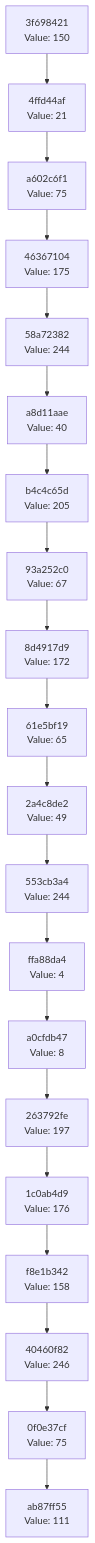
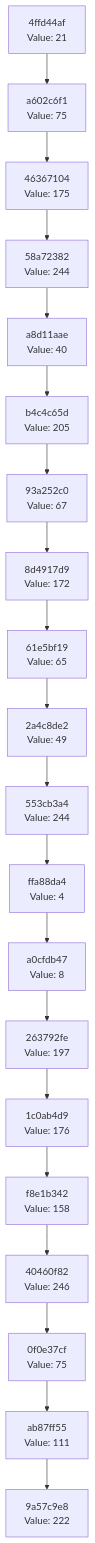
The diagram in docs/CHAIN_VISUALIZATION.md (Abhisheksinha1506/hash-chain-evolver), drawn with Mermaid before and after one commit. The commit also changed 3 other files, not shown here.

````diff
--- a/docs/CHAIN_VISUALIZATION.md
+++ b/docs/CHAIN_VISUALIZATION.md
@@ -3,42 +3,42 @@
 ```mermaid
 graph TD
-    C0["ab87ff55<br/>Value: 111"]
-    C1["0f0e37cf<br/>Value: 75"]
+    C0["9a57c9e8<br/>Value: 222"]
+    C1["ab87ff55<br/>Value: 111"]
     C1 --> C0
-    C2["40460f82<br/>Value: 246"]
+    C2["0f0e37cf<br/>Value: 75"]
     C2 --> C1
-    C3["f8e1b342<br/>Value: 158"]
+    C3["40460f82<br/>Value: 246"]
     C3 --> C2
-    C4["1c0ab4d9<br/>Value: 176"]
+    C4["f8e1b342<br/>Value: 158"]
     C4 --> C3
-    C5["263792fe<br/>Value: 197"]
+    C5["1c0ab4d9<br/>Value: 176"]
     C5 --> C4
-    C6["a0cfdb47<br/>Value: 8"]
+    C6["263792fe<br/>Value: 197"]
     C6 --> C5
-    C7["ffa88da4<br/>Value: 4"]
+    C7["a0cfdb47<br/>Value: 8"]
     C7 --> C6
-    C8["553cb3a4<br/>Value: 244"]
+    C8["ffa88da4<br/>Value: 4"]
     C8 --> C7
-    C9["2a4c8de2<br/>Value: 49"]
+    C9["553cb3a4<br/>Value: 244"]
     C9 --> C8
-    C10["61e5bf19<br/>Value: 65"]
+    C10["2a4c8de2<br/>Value: 49"]
     C10 --> C9
-    C11["8d4917d9<br/>Value: 172"]
+    C11["61e5bf19<br/>Value: 65"]
     C11 --> C10
-    C12["93a252c0<br/>Value: 67"]
+    C12["8d4917d9<br/>Value: 172"]
     C12 --> C11
-    C13["b4c4c65d<br/>Value: 205"]
+    C13["93a252c0<br/>Value: 67"]
     C13 --> C12
-    C14["a8d11aae<br/>Value: 40"]
+    C14["b4c4c65d<br/>Value: 205"]
     C14 --> C13
-    C15["58a72382<br/>Value: 244"]
+    C15["a8d11aae<br/>Value: 40"]
     C15 --> C14
-    C16["46367104<br/>Value: 175"]
+    C16["58a72382<br/>Value: 244"]
     C16 --> C15
-    C17["a602c6f1<br/>Value: 75"]
+    C17["46367104<br/>Value: 175"]
     C17 --> C16
-    C18["4ffd44af<br/>Value: 21"]
+    C18["a602c6f1<br/>Value: 75"]
     C18 --> C17
-    C19["3f698421<br/>Value: 150"]
+    C19["4ffd44af<br/>Value: 21"]
     C19 --> C18
 ```
````
